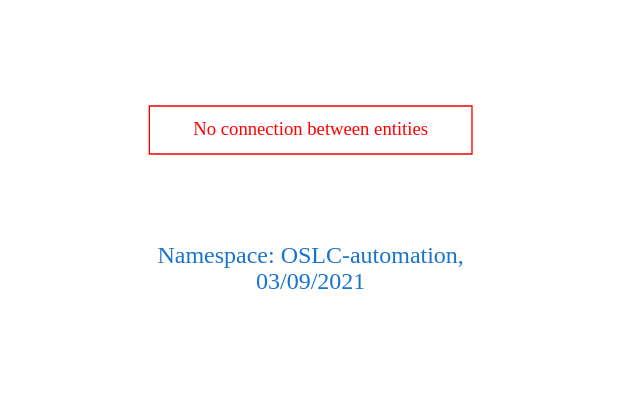
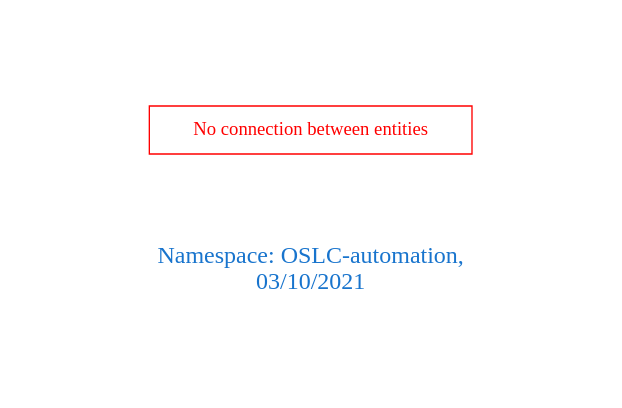
One commit to arago/OGIT changed the diagram in downloads/OSLC-automation.dot. Above: the diagram before and after it, drawn with Graphviz. The commit also changed 1850 other files, not shown here.

```diff
--- a/downloads/OSLC-automation.dot
+++ b/downloads/OSLC-automation.dot
@@ -1,9 +1,9 @@
 digraph OGIT_ontology {
  graph [ rankdir= LR,pad=1 
 fontsize = 18,
-fontcolor= dodgerblue3,label = "\n\n\nNamespace: OSLC-automation, \n 03/09/2021"];
+fontcolor= dodgerblue3,label = "\n\n\nNamespace: OSLC-automation, \n 03/10/2021"];
 node[shape=polygon];
 edge [  color="gray81"];
 
 "No connection between entities" [fontcolor = "red",color="red", shape="polygon"]
 }
```
